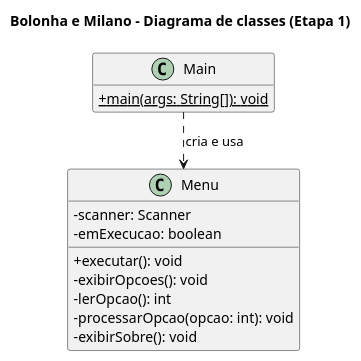
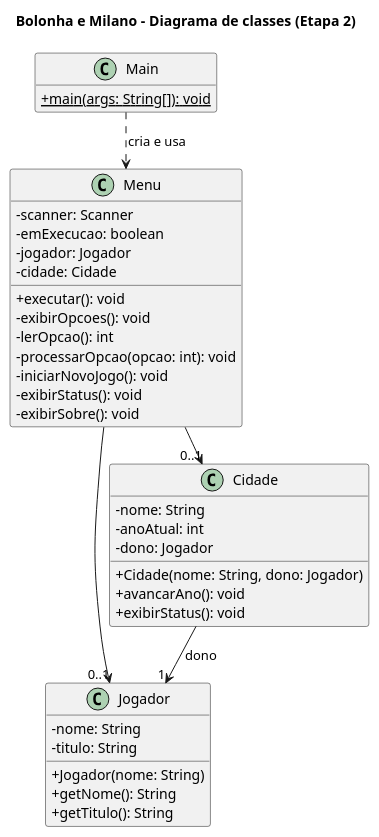
Before and after one commit to JoaoPauloQC/bolonha-milano: the diagram in uml/diagrama-classes.puml, drawn with PlantUML. The commit also changed 4 other files, not shown here.

Commit message:
etapa 2: diagramas de classes e casos de uso

```diff
--- a/uml/diagrama-classes.puml
+++ b/uml/diagrama-classes.puml
@@ -1,22 +1,46 @@
 @startuml diagrama-classes
 !pragma layout smetana
-title Bolonha e Milano - Diagrama de classes (Etapa 1)
+title Bolonha e Milano - Diagrama de classes (Etapa 2)
 skinparam classAttributeIconSize 0
 hide empty members
 
 class Main {
   + {static} main(args: String[]): void
 }
 
 class Menu {
   - scanner: Scanner
   - emExecucao: boolean
+  - jogador: Jogador
+  - cidade: Cidade
   + executar(): void
   - exibirOpcoes(): void
   - lerOpcao(): int
   - processarOpcao(opcao: int): void
+  - iniciarNovoJogo(): void
+  - exibirStatus(): void
   - exibirSobre(): void
 }
 
+class Jogador {
+  - nome: String
+  - titulo: String
+  + Jogador(nome: String)
+  + getNome(): String
+  + getTitulo(): String
+}
+
+class Cidade {
+  - nome: String
+  - anoAtual: int
+  - dono: Jogador
+  + Cidade(nome: String, dono: Jogador)
+  + avancarAno(): void
+  + exibirStatus(): void
+}
+
 Main ..> Menu : cria e usa
+Menu --> "0..1" Jogador
+Menu --> "0..1" Cidade
+Cidade --> "1" Jogador : dono
 @enduml
```
